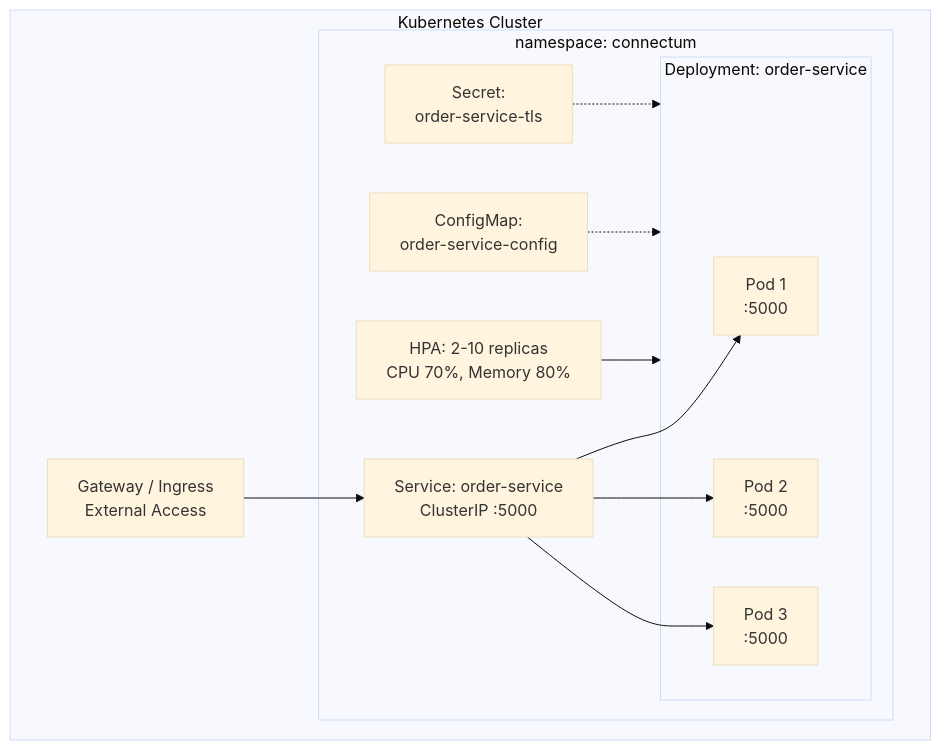
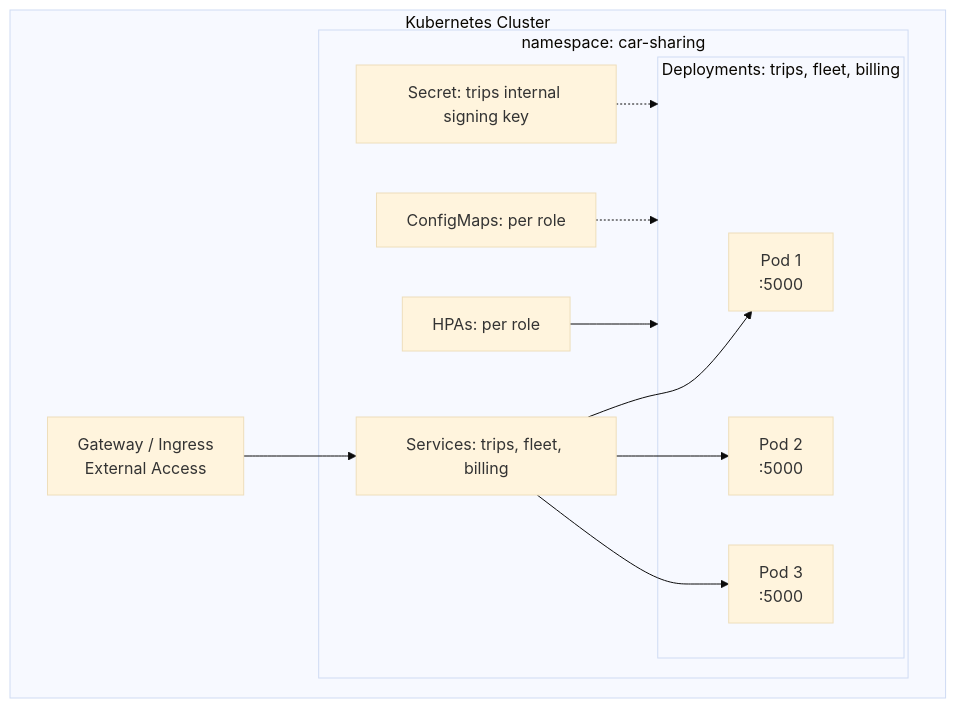
Before and after one commit to Connectum-Framework/docs: the diagram in en/guide/production/kubernetes.md, drawn with Mermaid (base theme). The commit also changed other lines of this file and 98 other files, not shown here.

````diff
--- a/en/guide/production/kubernetes.md
+++ b/en/guide/production/kubernetes.md
@@ -16,25 +17,25 @@
 ```mermaid
 graph TB
     subgraph Cluster["Kubernetes Cluster"]
-        subgraph NS["namespace: connectum"]
-            subgraph Deploy["Deployment: order-service"]
+        subgraph NS["namespace: car-sharing"]
+            subgraph Deploy["Deployments: trips, fleet, billing"]
                 POD1["Pod 1<br/>:5000"]
                 POD2["Pod 2<br/>:5000"]
                 POD3["Pod 3<br/>:5000"]
             end
-            SVC["Service: order-service<br/>ClusterIP :5000"]
-            CM["ConfigMap:<br/>order-service-config"]
-            SEC["Secret:<br/>order-service-tls"]
-            HPA["HPA: 2-10 replicas<br/>CPU 70%, Memory 80%"]
+            SVC["Services: trips, fleet, billing"]
+            CM["ConfigMaps: per role"]
+            SEC["Secret: trips internal signing key"]
+            HPA["HPAs: per role"]
         end
         INGRESS["Gateway / Ingress<br/>External Access"]
     end
 
     SVC --> POD1
     SVC --> POD2
     SVC --> POD3
     HPA --> Deploy
     CM -.-> Deploy
     SEC -.-> Deploy
     INGRESS --> SVC
 ```
````
